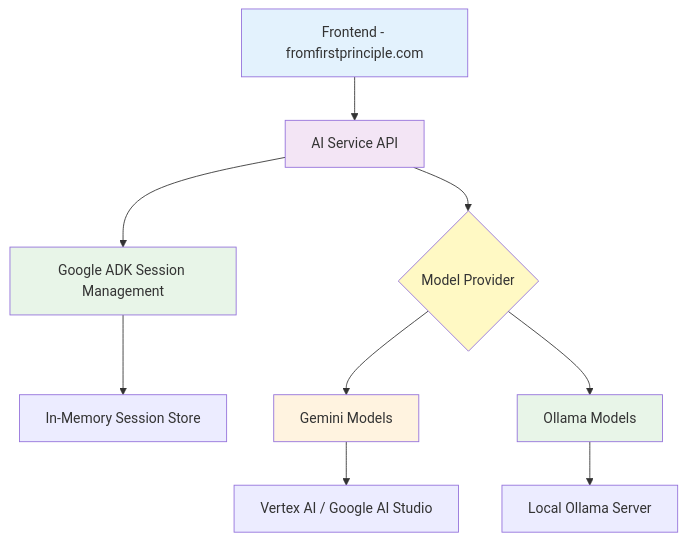
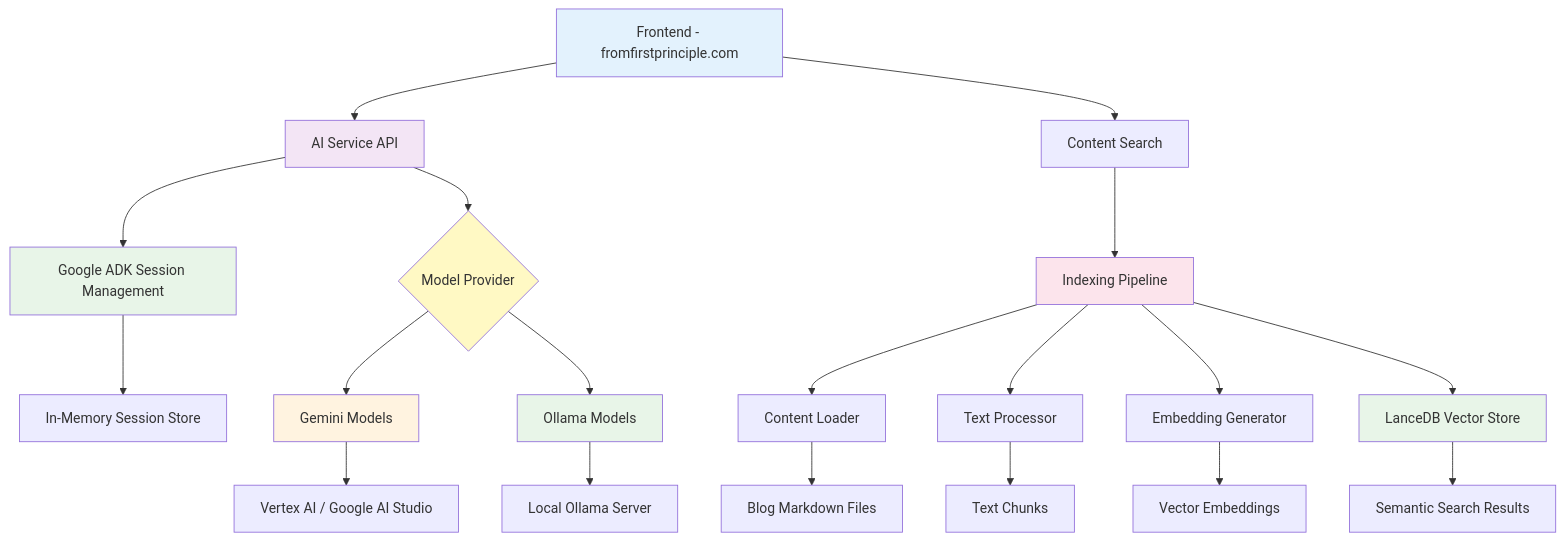
Before and after one commit to justmeloic/from-first-principles: the diagram in services/ai/README.md, drawn with Mermaid. The commit also changed other lines of this file, not shown here.

First line of the commit message:
docs: add comprehensive indexing pipeline documentation

````diff
--- a/services/ai/README.md
+++ b/services/ai/README.md
@@ -23,18 +43,33 @@
 ```mermaid
 graph TD
     A[Frontend - fromfirstprinciple.com] --> B[AI Service API]
+    A --> K[Content Search]
+
     B --> C[Google ADK Session Management]
     B --> D{Model Provider}
     C --> E[In-Memory Session Store]
     D --> F[Gemini Models]
     D --> G[Ollama Models]
     F --> H[Vertex AI / Google AI Studio]
     G --> I[Local Ollama Server]
 
+    K --> L[Indexing Pipeline]
+    L --> M[Content Loader]
+    L --> N[Text Processor]
+    L --> O[Embedding Generator]
+    L --> P[LanceDB Vector Store]
+
+    M --> Q[Blog Markdown Files]
+    N --> R[Text Chunks]
+    O --> S[Vector Embeddings]
+    P --> T[Semantic Search Results]
+
     style A fill:#e3f2fd
     style B fill:#f3e5f5
     style C fill:#e8f5e8
     style D fill:#fff9c4
     style F fill:#fff3e0
     style G fill:#e8f5e8
+    style L fill:#fce4ec
+    style P fill:#e8f5e8
 ```
````
